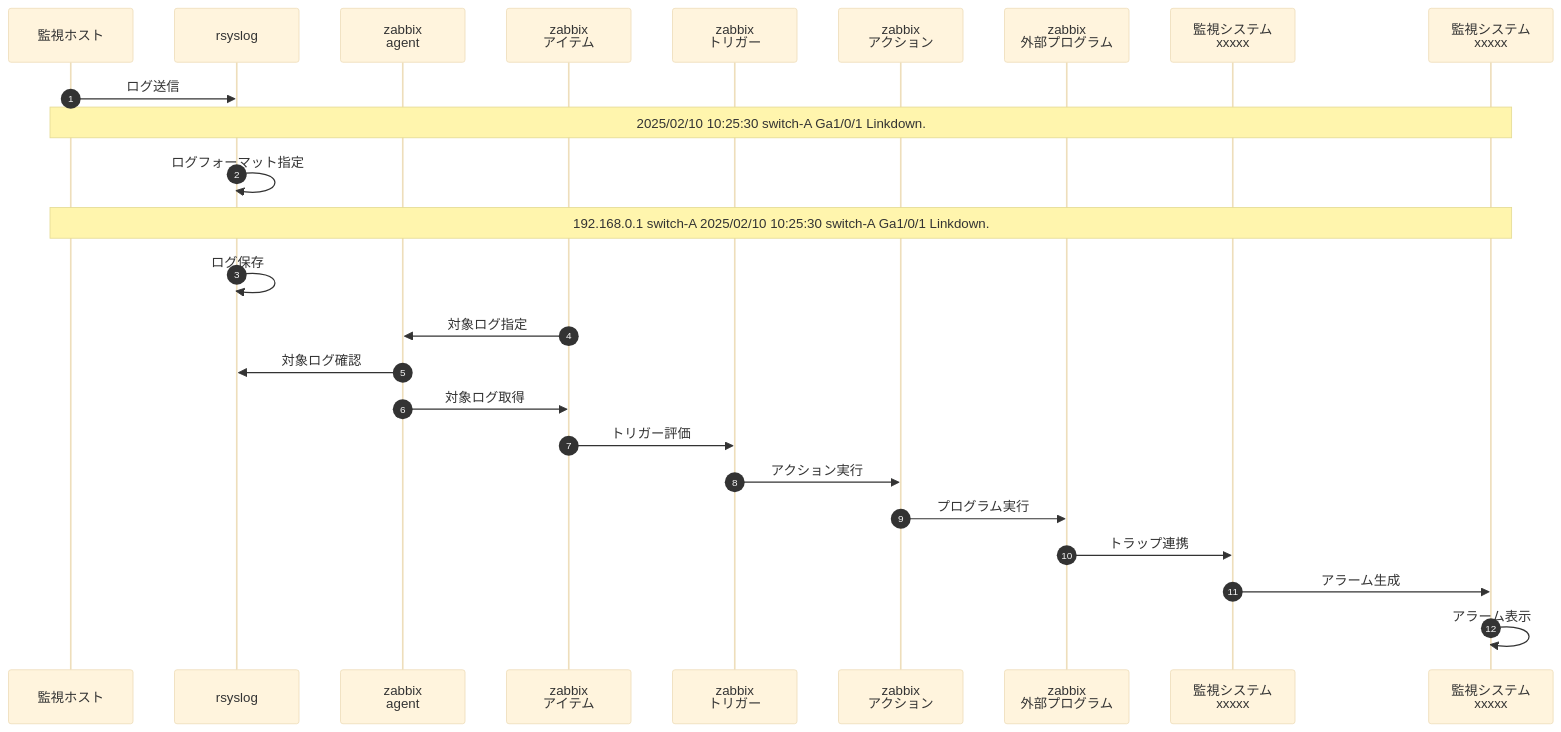
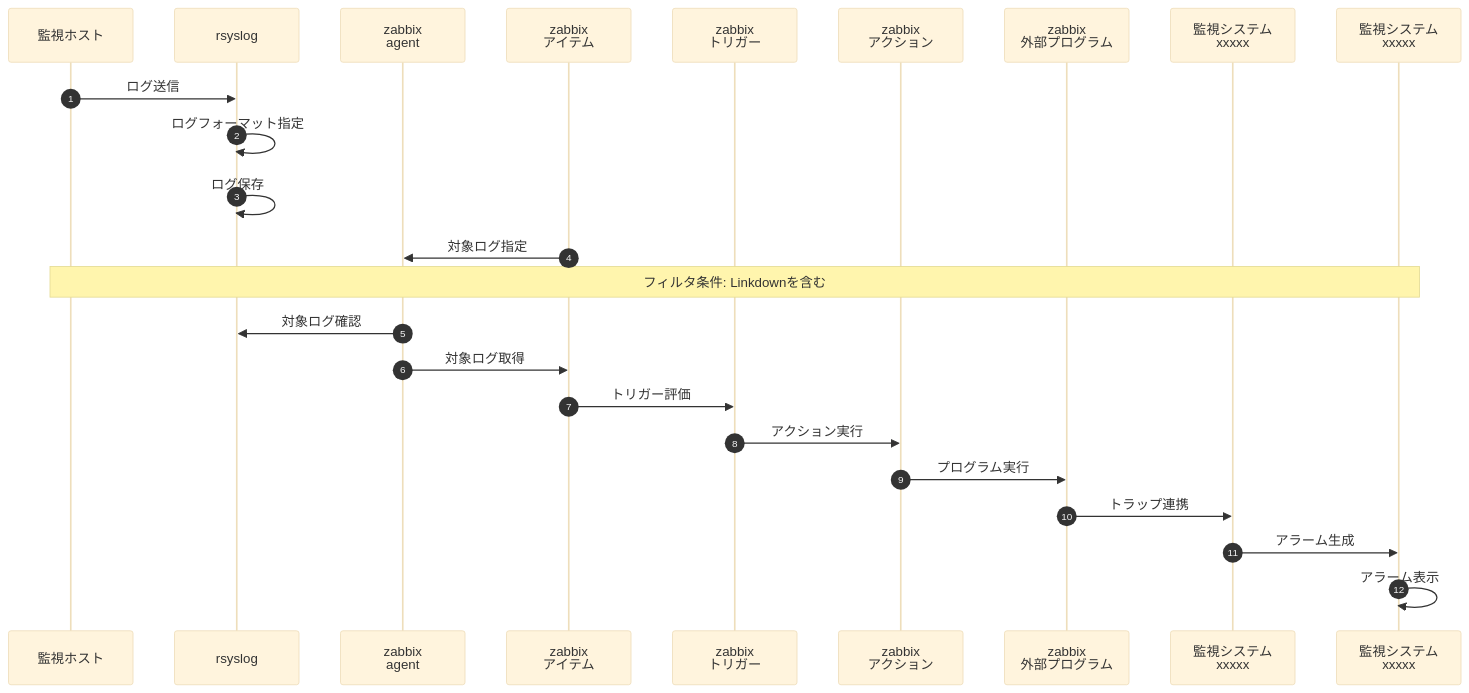
Before and after one commit to panda-git-hub/handbook: the second of 2 diagrams in README.md, drawn with Mermaid (base theme).

````diff
--- a/README.md
+++ b/README.md
@@ -21,27 +21,26 @@
 ```mermaid
 sequenceDiagram
   autonumber
   participant A as 監視ホスト
   participant B as rsyslog
   participant C as zabbix<br>agent
   participant D as zabbix<br>アイテム
   participant E as zabbix<br>トリガー
   participant F as zabbix<br>アクション
   participant G as zabbix<br>外部プログラム
   participant H as 監視システム<br>xxxxx
   participant I as 監視システム<br>xxxxx
   A->>B: ログ送信
-  note over A,I: 2025/02/10 10:25:30 switch-A Ga1/0/1 Linkdown.
   B->>B: ログフォーマット指定
-  note over A,I: 192.168.0.1 switch-A 2025/02/10 10:25:30 switch-A Ga1/0/1 Linkdown.
   B->>B: ログ保存
   D->>C: 対象ログ指定
+  note over A,I: フィルタ条件: Linkdownを含む
   C->>B: 対象ログ確認
   C->>D: 対象ログ取得
   D->>E: トリガー評価
   E->>F: アクション実行
   F->>G: プログラム実行
   G->>H: トラップ連携
   H->>I: アラーム生成
   I->>I: アラーム表示
 ```
````
